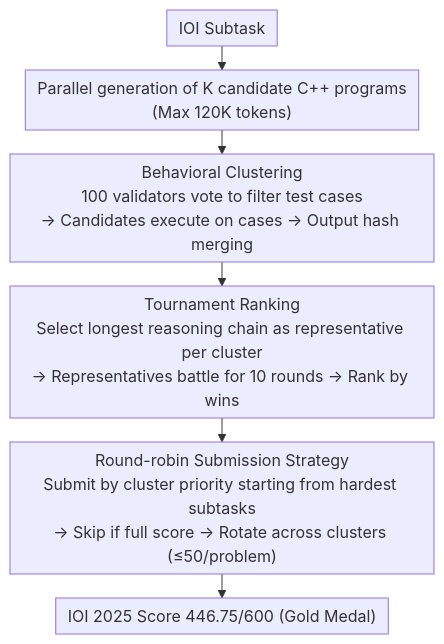
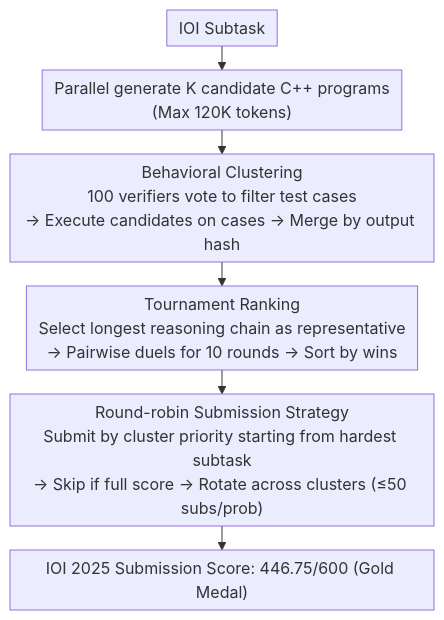
Before and after one commit to zhaoyang97/Paper-Notes-en: the diagram in docs/ACL2026/llm_reasoning/scaling_test-time_compute_to_achieve_ioi_gold_medal_with_open-weight_models.md, drawn with Mermaid. The commit also changed other lines of this file and 5084 other files, not shown here.

````diff
--- a/docs/ACL2026/llm_reasoning/scaling_test-time_compute_to_achieve_ioi_gold_medal_with_open-weight_models.md
+++ b/docs/ACL2026/llm_reasoning/scaling_test-time_compute_to_achieve_ioi_gold_medal_with_open-weight_models.md
@@ -46,9 +46,9 @@
 ```mermaid
 %%{init: {'flowchart': {'rankSpacing': 24, 'nodeSpacing': 28, 'padding': 6, 'wrappingWidth': 400}}}%%
 flowchart TD
-    A["IOI Subtask"] --> B["Parallel generation of K candidate C++ programs<br/>(Max 120K tokens)"]
-    B --> C["Behavioral Clustering<br/>100 validators vote to filter test cases<br/>→ Candidates execute on cases → Output hash merging"]
-    C --> D["Tournament Ranking<br/>Select longest reasoning chain as representative per cluster<br/>→ Representatives battle for 10 rounds → Rank by wins"]
-    D --> E["Round-robin Submission Strategy<br/>Submit by cluster priority starting from hardest subtasks<br/>→ Skip if full score → Rotate across clusters (≤50/problem)"]
-    E --> F["IOI 2025 Score 446.75/600 (Gold Medal)"]
+    A["IOI Subtask"] --> B["Parallel generate K candidate C++ programs<br/>(Max 120K tokens)"]
+    B --> C["Behavioral Clustering<br/>100 verifiers vote to filter test cases<br/>→ Execute candidates on cases → Merge by output hash"]
+    C --> D["Tournament Ranking<br/>Select longest reasoning chain as representative<br/>→ Pairwise duels for 10 rounds → Sort by wins"]
+    D --> E["Round-robin Submission Strategy<br/>Submit by cluster priority starting from hardest subtask<br/>→ Skip if full score → Rotate across clusters (≤50 subs/prob)"]
+    E --> F["IOI 2025 Submission Score: 446.75/600 (Gold Medal)"]
 ```
````
